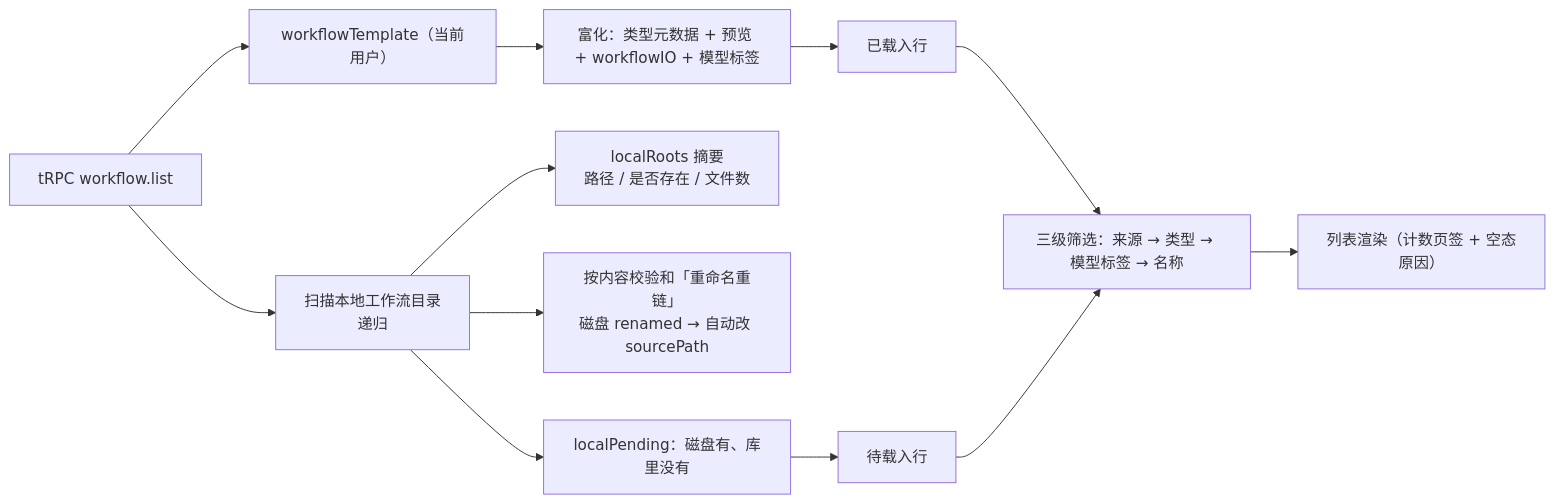
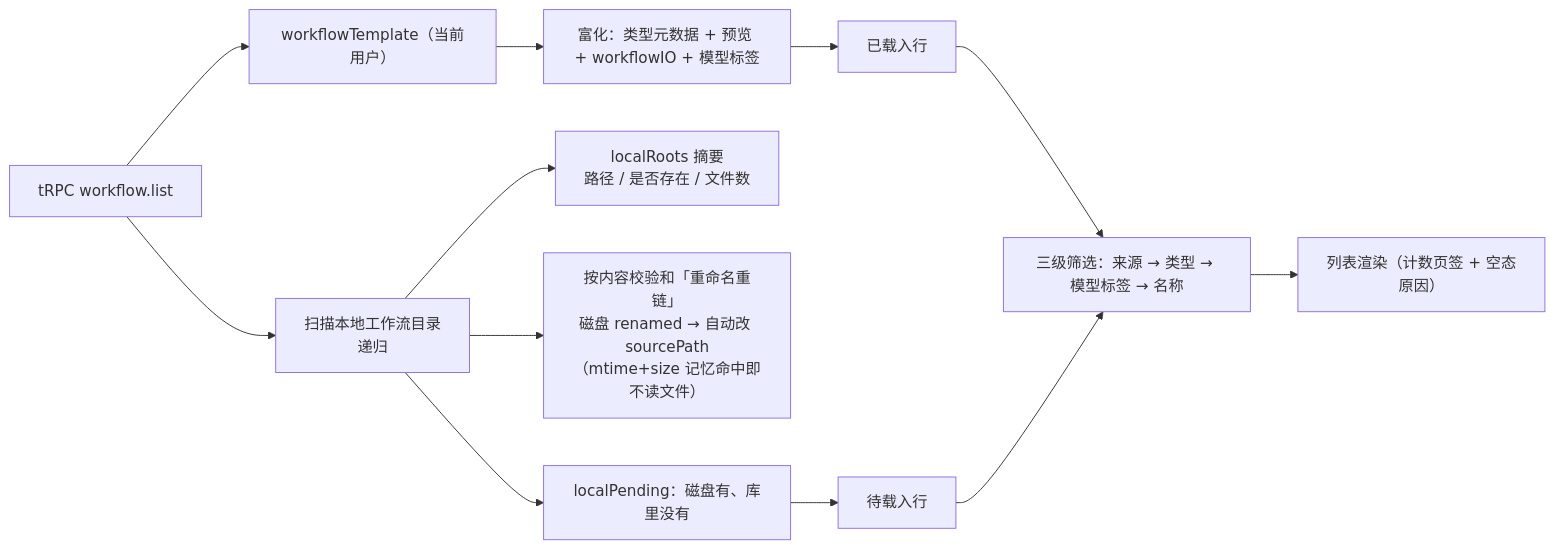
The second of 8 diagrams in docs/guides/feature-workflow-library-flow.md (wuxianyuedu/comfy-app), drawn with Mermaid before and after one commit. The commit also changed other lines of this file and 14 other files, not shown here.

````diff
--- a/docs/guides/feature-workflow-library-flow.md
+++ b/docs/guides/feature-workflow-library-flow.md
@@ -86,14 +86,14 @@
 ```mermaid
 flowchart LR
   Q["tRPC workflow.list"] --> DB["workflowTemplate（当前用户）"]
   Q --> SCAN["扫描本地工作流目录<br/>递归"]
   SCAN --> SUM["localRoots 摘要<br/>路径 / 是否存在 / 文件数"]
   DB --> ENRICH["富化：类型元数据 + 预览 + workflowIO + 模型标签"]
-  SCAN --> RELINK["按内容校验和「重命名重链」<br/>磁盘 renamed → 自动改 sourcePath"]
+  SCAN --> RELINK["按内容校验和「重命名重链」<br/>磁盘 renamed → 自动改 sourcePath<br/>（mtime+size 记忆命中即不读文件）"]
   SCAN --> PENDING["localPending：磁盘有、库里没有"]
   ENRICH --> ROWS["已载入行"]
   PENDING --> ROWS2["待载入行"]
   ROWS --> FILTER["三级筛选：来源 → 类型 → 模型标签 → 名称"]
   ROWS2 --> FILTER
   FILTER --> UI["列表渲染（计数页签 + 空态原因）"]
 ```
````
